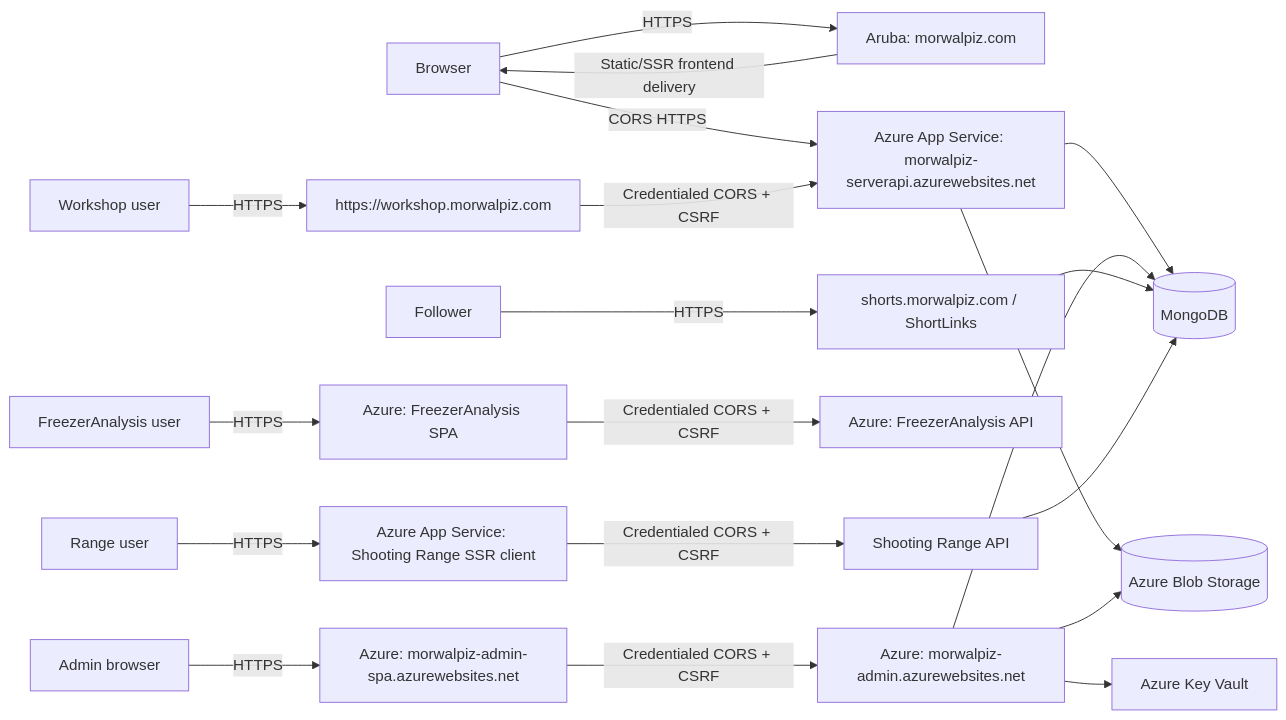
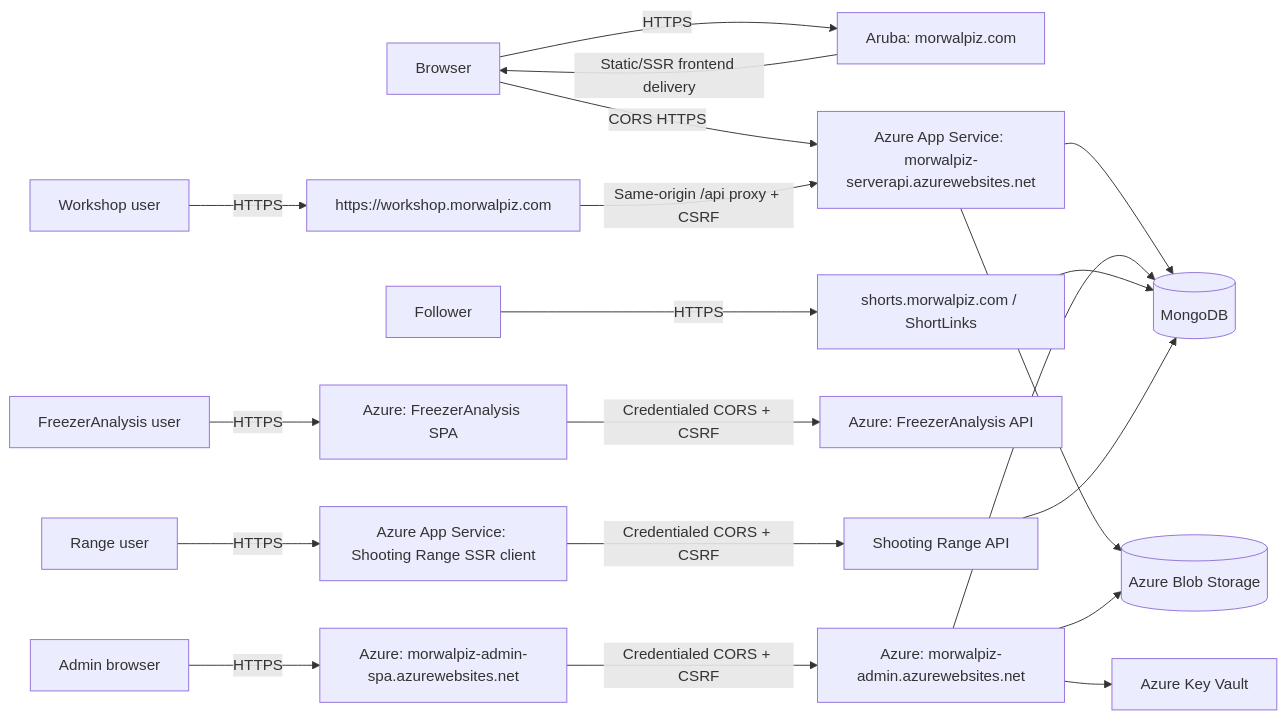
Before and after one commit to morganpizzini/MorWalPizVideo: the diagram in docs/architecture/deployment.md, drawn with Mermaid. The commit also changed other lines of this file and 15 other files, not shown here.

````diff
--- a/docs/architecture/deployment.md
+++ b/docs/architecture/deployment.md
@@ -5,22 +5,22 @@
 ```mermaid
 flowchart LR
     Browser[Browser] -->|HTTPS| Aruba[Aruba: morwalpiz.com]
     Aruba -->|Static/SSR frontend delivery| Browser
     Browser -->|CORS HTTPS| API[Azure App Service: morwalpiz-serverapi.azurewebsites.net]
     Admin[Admin browser] -->|HTTPS| AdminSpa[Azure: morwalpiz-admin-spa.azurewebsites.net]
     AdminSpa -->|Credentialed CORS + CSRF| BO[Azure: morwalpiz-admin.azurewebsites.net]
     FreezerUser[FreezerAnalysis user] -->|HTTPS| FreezerSpa[Azure: FreezerAnalysis SPA]
     FreezerSpa -->|Credentialed CORS + CSRF| FreezerAPI[Azure: FreezerAnalysis API]
     Shooter[Range user] -->|HTTPS| ShootingClient[Azure App Service: Shooting Range SSR client]
     ShootingClient -->|Credentialed CORS + CSRF| ShootingAPI[Shooting Range API]
     WorkshopUser[Workshop user] -->|HTTPS| Workshop[https://workshop.morwalpiz.com]
-    Workshop -->|Credentialed CORS + CSRF| API
+    Workshop -->|Same-origin /api proxy + CSRF| API
     Follower[Follower] -->|HTTPS| Shorts[shorts.morwalpiz.com / ShortLinks]
     API --> Mongo[(MongoDB)]
     BO --> Mongo
     Shorts --> Mongo
     API --> Blob[(Azure Blob Storage)]
     BO --> Blob
     BO --> Vault[Azure Key Vault]
     ShootingAPI --> Mongo
 ```
````
